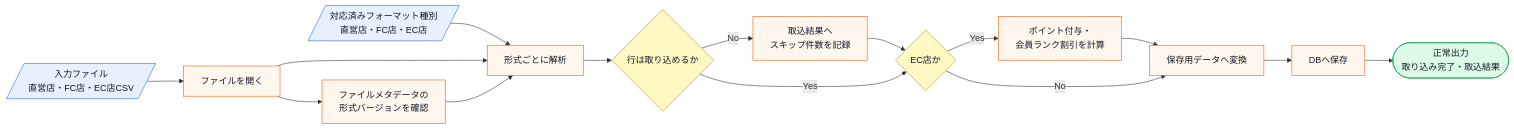
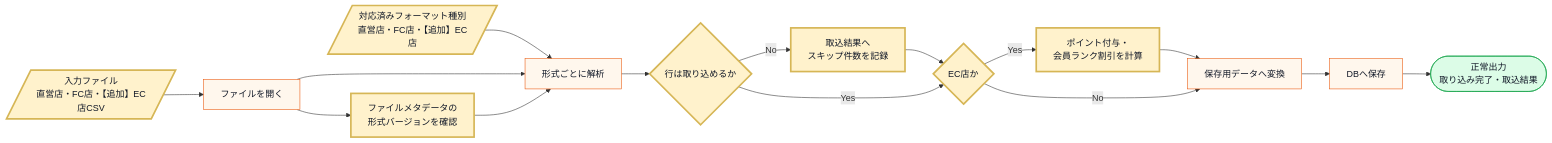
Before and after one commit to kumachan1101-pixel/DesignPattern: the fifth of 18 diagrams in kindle/design-patterns/output/chapter04.md, drawn with Mermaid. The commit also changed other lines of this file and 23 other files, not shown here.

````diff
--- a/kindle/design-patterns/output/chapter04.md
+++ b/kindle/design-patterns/output/chapter04.md
@@ -813,22 +811,24 @@
 ```mermaid
 flowchart LR
-    A[/入力ファイル<br>直営店・FC店・EC店CSV/]:::input --> E[ファイルを開く]:::process
-    C[/対応済みフォーマット種別<br>直営店・FC店・EC店/]:::input --> F
+    A[/入力ファイル<br>直営店・FC店・【追加】EC店CSV/]:::input --> E[ファイルを開く]:::process
+    C[/対応済みフォーマット種別<br>直営店・FC店・【追加】EC店/]:::input --> F
     E --> V[ファイルメタデータの<br>形式バージョンを確認]:::process
     E --> F[形式ごとに解析]:::process
     V --> F
     F --> R{行は取り込めるか}:::decision
     R -->|No| L[取込結果へ<br>スキップ件数を記録]:::process
     L --> Q
     R -->|Yes| Q{EC店か}:::decision
     Q -->|Yes| P[ポイント付与・<br>会員ランク割引を計算]:::process
     P --> G[保存用データへ変換]:::process
     Q -->|No| G
     G --> S[DBへ保存]:::process
     S --> H([正常出力<br>取り込み完了・取込結果]):::normal
 
     classDef input fill:#e7f0ff,stroke:#2563eb,color:#111827;
     classDef process fill:#fff7ed,stroke:#ea580c,color:#111827;
     classDef decision fill:#fef9c3,stroke:#ca8a04,color:#111827;
     classDef normal fill:#dcfce7,stroke:#16a34a,color:#111827;
+    classDef changed fill:#fff2cc,stroke:#d6b656,stroke-width:3px,color:#111827;
+    class A,C,V,R,L,Q,P changed;
 ```
````
